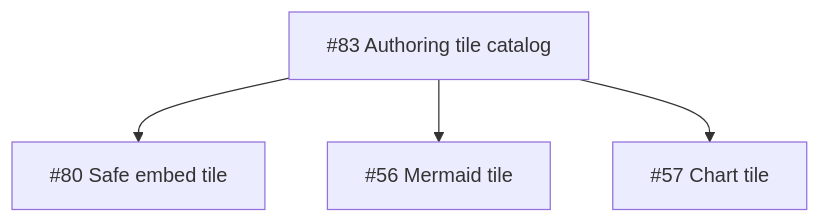
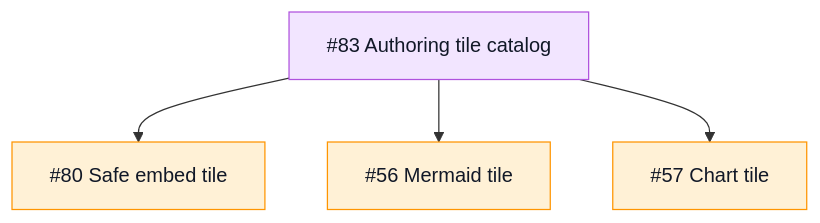
Before and after one commit to TileDown/tile-down: the sixth of 9 diagrams in README.md, drawn with Mermaid. The commit also changed other lines of this file, not shown here.

Commit message:
docs(readme): color code roadmap status

````diff
--- a/README.md
+++ b/README.md
@@ -87,7 +129,10 @@
 ```mermaid
 flowchart TD
-  Epic["#83 Authoring tile catalog"]
-  Epic --> Embed["#80 Safe embed tile"]
-  Epic --> Mermaid["#56 Mermaid tile"]
-  Epic --> Charts["#57 Chart tile"]
+  Epic["#83 Authoring tile catalog"]:::epic
+  Epic --> Embed["#80 Safe embed tile"]:::todo
+  Epic --> Mermaid["#56 Mermaid tile"]:::todo
+  Epic --> Charts["#57 Chart tile"]:::todo
+
+  classDef epic fill:#f2e5ff,stroke:#af52de,color:#111827
+  classDef todo fill:#fff1d6,stroke:#ff9500,color:#111827
 ```
````
